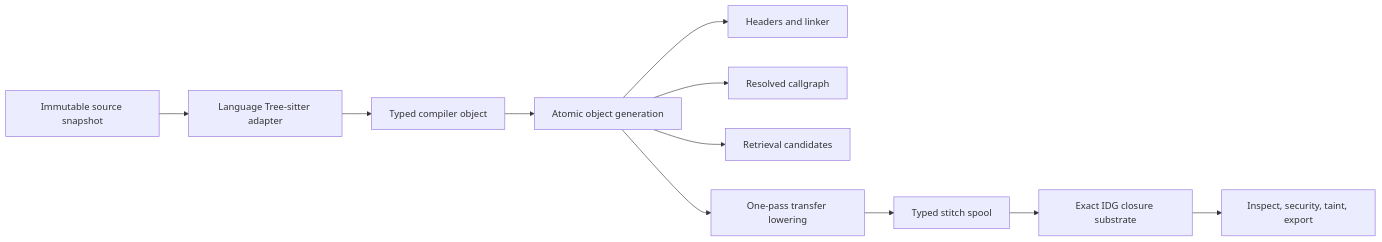
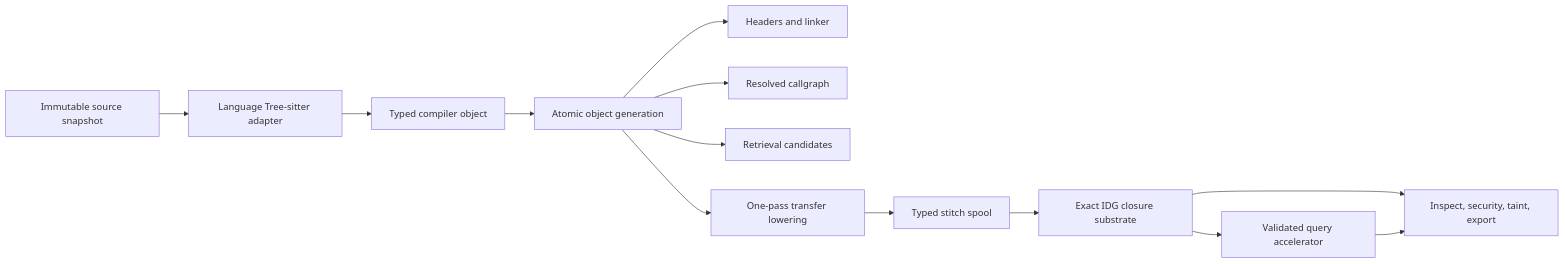
One commit to gromhacks/bonsai-ninja changed the diagram in docs/contributing/architecture.mdx. Above: the diagram before and after it, drawn with Mermaid. The commit also changed other lines of this file and 147 other files, not shown here.

````diff
--- a/docs/contributing/architecture.mdx
+++ b/docs/contributing/architecture.mdx
@@ -133,13 +150,15 @@
 ```mermaid
 flowchart LR
   S[Immutable source snapshot] --> T[Language Tree-sitter adapter]
   T --> O[Typed compiler object]
   O --> G[Atomic object generation]
   G --> L[Headers and linker]
   G --> C[Resolved callgraph]
   G --> R[Retrieval candidates]
   G --> X[One-pass transfer lowering]
   X --> P[Typed stitch spool]
   P --> I[Exact IDG closure substrate]
+  I --> A[Validated query accelerator]
   I --> Q[Inspect, security, taint, export]
+  A --> Q
 ```
````
